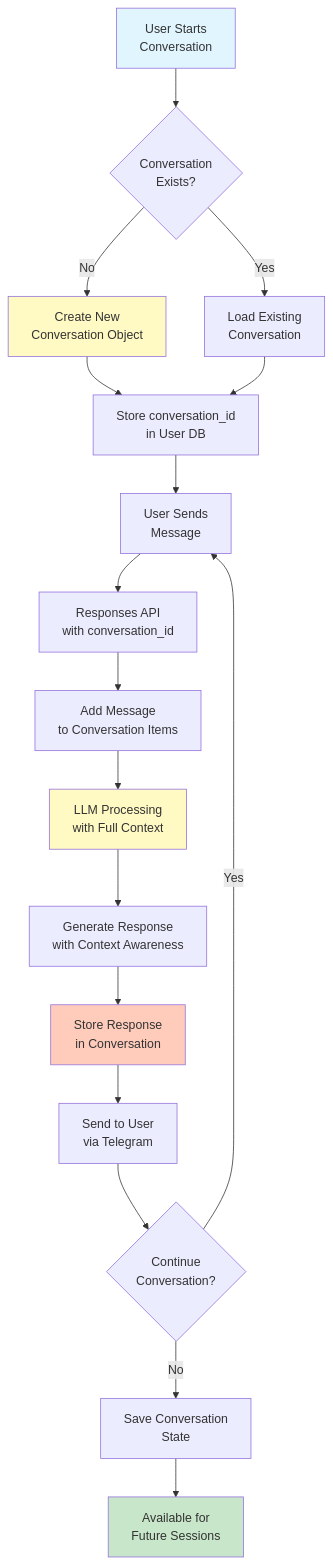
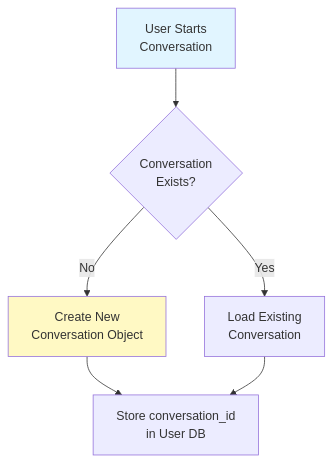
One commit to Hanbiike/law-rag-system changed the fifth of 5 diagrams in README.md. Above: the diagram before and after it, drawn with Mermaid. The commit also changed other lines of this file and 1 other file, not shown here.

Commit message:
readme improv

````diff
--- a/README.md
+++ b/README.md
@@ -550,37 +536,13 @@
 ```mermaid
 flowchart TD
     A[User Starts<br/>Conversation] --> B{Conversation<br/>Exists?}
     
     B -->|No| C[Create New<br/>Conversation Object]
     B -->|Yes| D[Load Existing<br/>Conversation]
     
     C --> E[Store conversation_id<br/>in User DB]
     D --> E
     
-    E --> F[User Sends<br/>Message]
-    
-    F --> G[Responses API<br/>with conversation_id]
-    
-    G --> H[Add Message<br/>to Conversation Items]
-    
-    H --> I[LLM Processing<br/>with Full Context]
-    
-    I --> J[Generate Response<br/>with Context Awareness]
-    
-    J --> K[Store Response<br/>in Conversation]
-    
-    K --> L[Send to User<br/>via Telegram]
-    
-    L --> M{Continue<br/>Conversation?}
-    
-    M -->|Yes| F
-    M -->|No| N[Save Conversation<br/>State]
-    
-    N --> O[Available for<br/>Future Sessions]
-    
     style A fill:#e1f5ff
-    style O fill:#c8e6c9
     style C fill:#fff9c4
-    style I fill:#fff9c4
-    style K fill:#ffccbc
 ```
````
